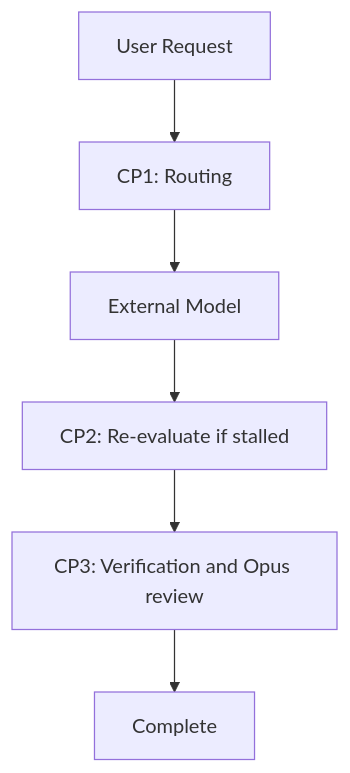
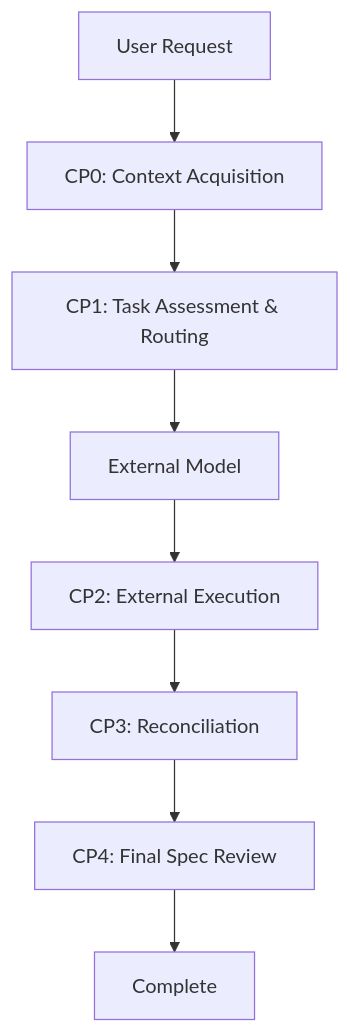
Before and after one commit to sitien173/refract: the third of 3 diagrams in plugin/docs/diagrams/ccg-workflow-architecture.md, drawn with Mermaid. The commit also changed other lines of this file and 57 other files, not shown here.

````diff
--- a/plugin/docs/diagrams/ccg-workflow-architecture.md
+++ b/plugin/docs/diagrams/ccg-workflow-architecture.md
@@ -37,8 +37,10 @@
 ```mermaid
 flowchart TD
-    START[User Request] --> CP1[CP1: Routing]
+    START[User Request] --> CP0[CP0: Context Acquisition]
+    CP0 --> CP1[CP1: Task Assessment & Routing]
     CP1 --> MODEL[External Model]
-    MODEL --> CP2[CP2: Re-evaluate if stalled]
-    CP2 --> CP3[CP3: Verification and Opus review]
-    CP3 --> DONE[Complete]
+    MODEL --> CP2[CP2: External Execution]
+    CP2 --> CP3[CP3: Reconciliation]
+    CP3 --> CP4[CP4: Final Spec Review]
+    CP4 --> DONE[Complete]
 ```
````
